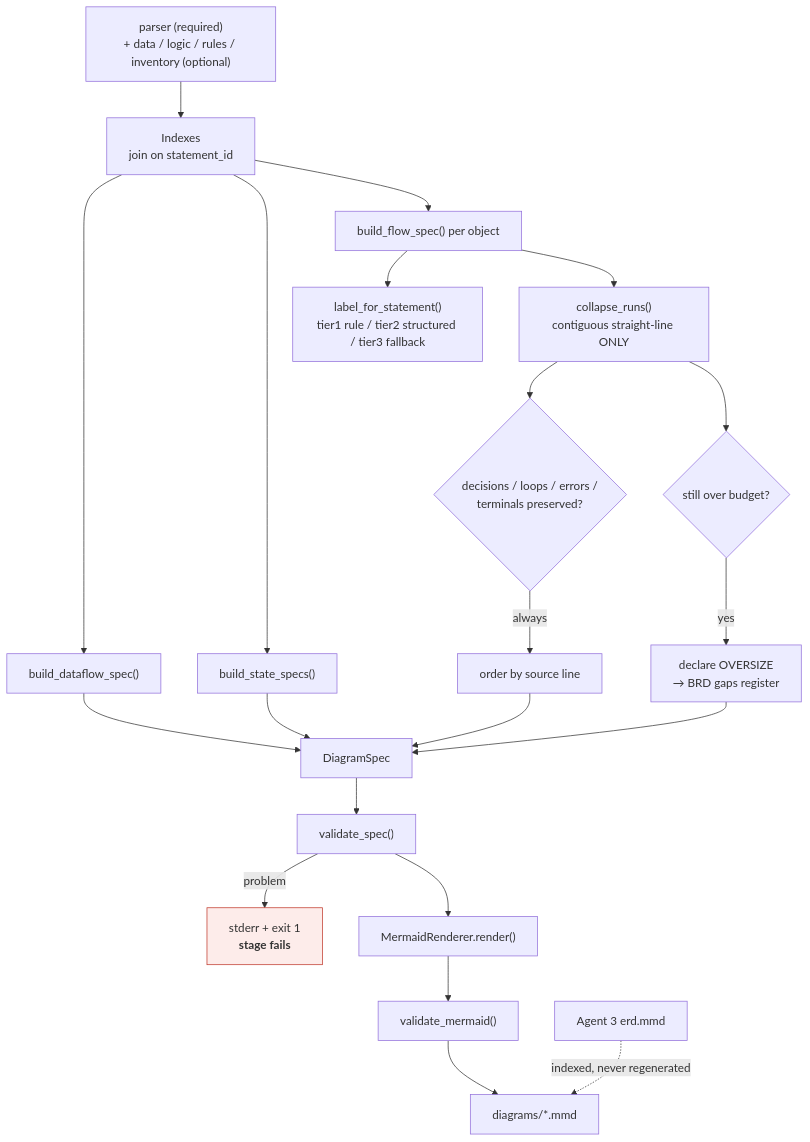
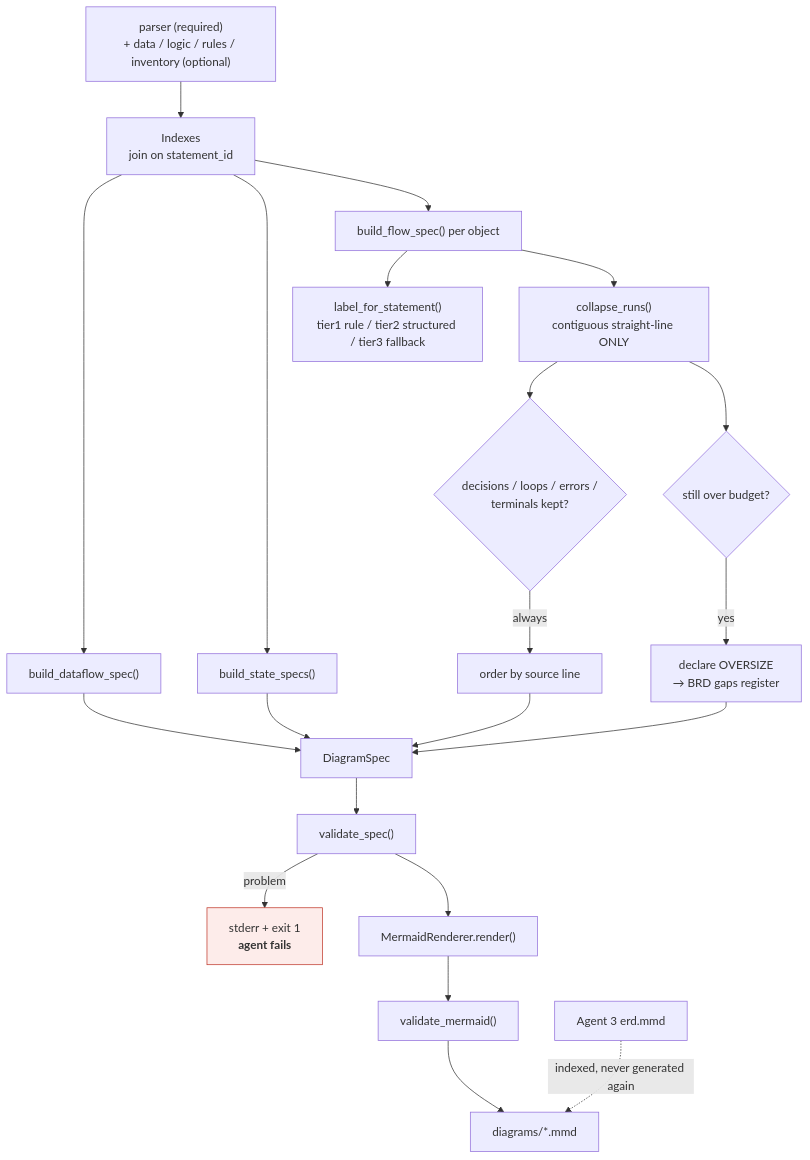
One commit to KrishnaAnnavaram/statute changed diagram 14 of 17 in README.md. Above: the diagram before and after it, drawn with Mermaid. The commit also changed other lines of this file and 1 other file, not shown here.

````diff
--- a/README.md
+++ b/README.md
@@ -694,25 +865,25 @@
 ```mermaid
 flowchart TD
     ART["parser (required)<br/>+ data / logic / rules / inventory (optional)"] --> IDX["Indexes<br/>join on statement_id"]
     IDX --> M1["build_dataflow_spec()"]
     IDX --> M2["build_state_specs()"]
     IDX --> M3["build_flow_spec() per object"]
     M3 --> LAB["label_for_statement()<br/>tier1 rule / tier2 structured / tier3 fallback"]
     M3 --> RED["collapse_runs()<br/>contiguous straight-line ONLY"]
-    RED --> INV{"decisions / loops / errors /<br/>terminals preserved?"}
+    RED --> INV{"decisions / loops / errors /<br/>terminals kept?"}
     INV -->|always| ORD["order by source line"]
     RED --> OVER{"still over budget?"}
     OVER -->|yes| DECL["declare OVERSIZE<br/>→ BRD gaps register"]
     M1 --> SPEC["DiagramSpec"]
     M2 --> SPEC
     ORD --> SPEC
     DECL --> SPEC
     SPEC --> VS["validate_spec()"]
-    VS -->|problem| FAIL["stderr + exit 1<br/><b>stage fails</b>"]
+    VS -->|problem| FAIL["stderr + exit 1<br/><b>agent fails</b>"]
     VS --> REND["MermaidRenderer.render()"]
     REND --> VM["validate_mermaid()"]
     VM --> W["diagrams/*.mmd"]
-    ERD["Agent 3 erd.mmd"] -.->|indexed, never regenerated| W
+    ERD["Agent 3 erd.mmd"] -.->|indexed, never generated again| W
     classDef err fill:#fdecea,stroke:#c0392b
     class FAIL err
 ```
````
